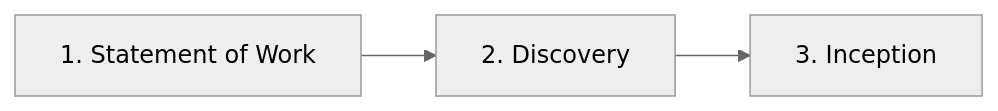
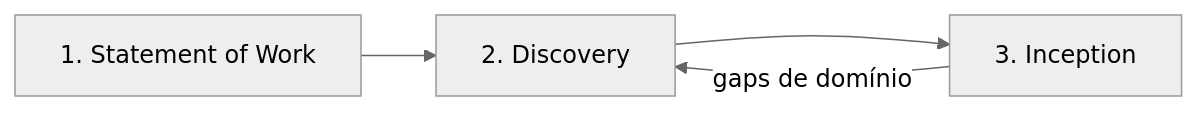
Before and after one commit to leds-conectafapes/processo-leds-sdlc: the diagram in docs/sdlc/0_processo.md, drawn with Mermaid (neutral theme). The commit also changed other lines of this file and 1 other file, not shown here.

````diff
--- a/docs/sdlc/0_processo.md
+++ b/docs/sdlc/0_processo.md
@@ -7,5 +7,6 @@
 ```mermaid
 graph LR
     SOW[1. Statement of Work] --> DISC[2. Discovery]
     DISC --> INC[3. Inception]
+    INC -->|gaps de domínio| DISC
 ```
````
